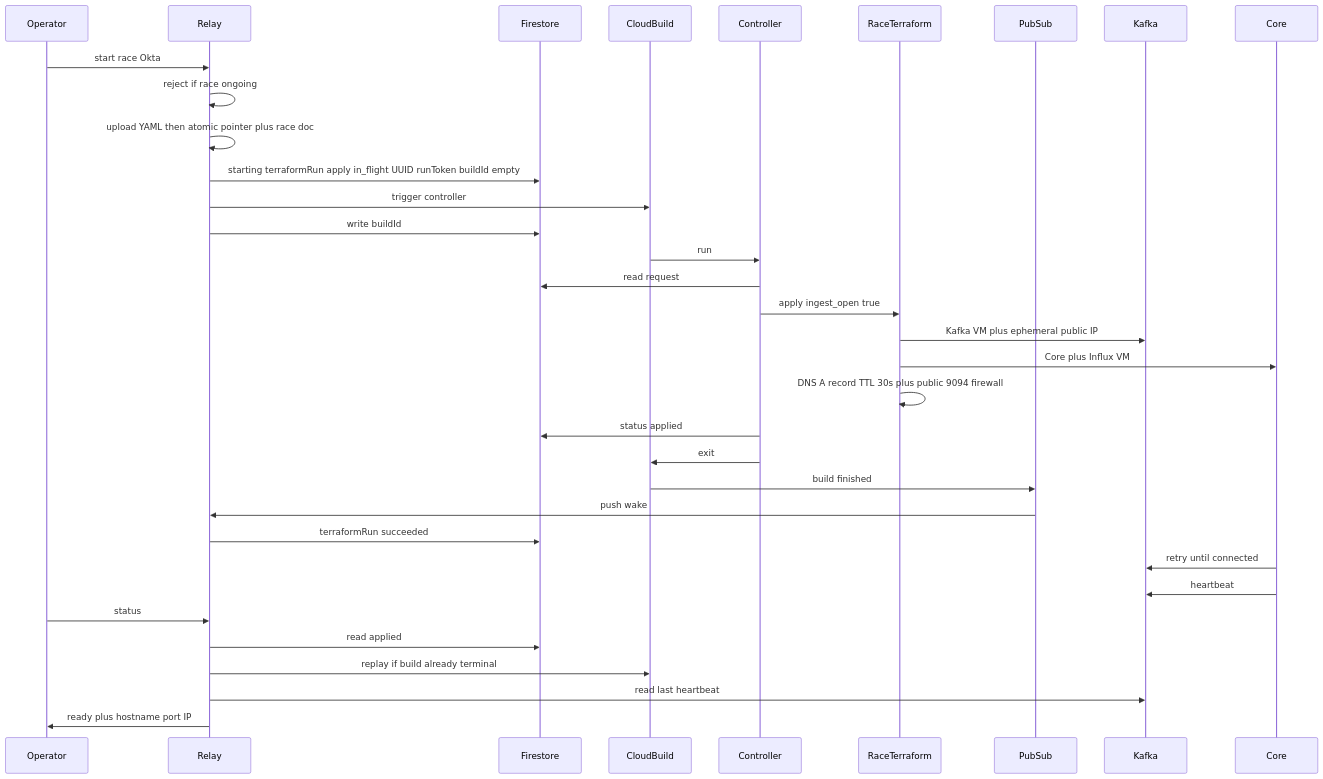
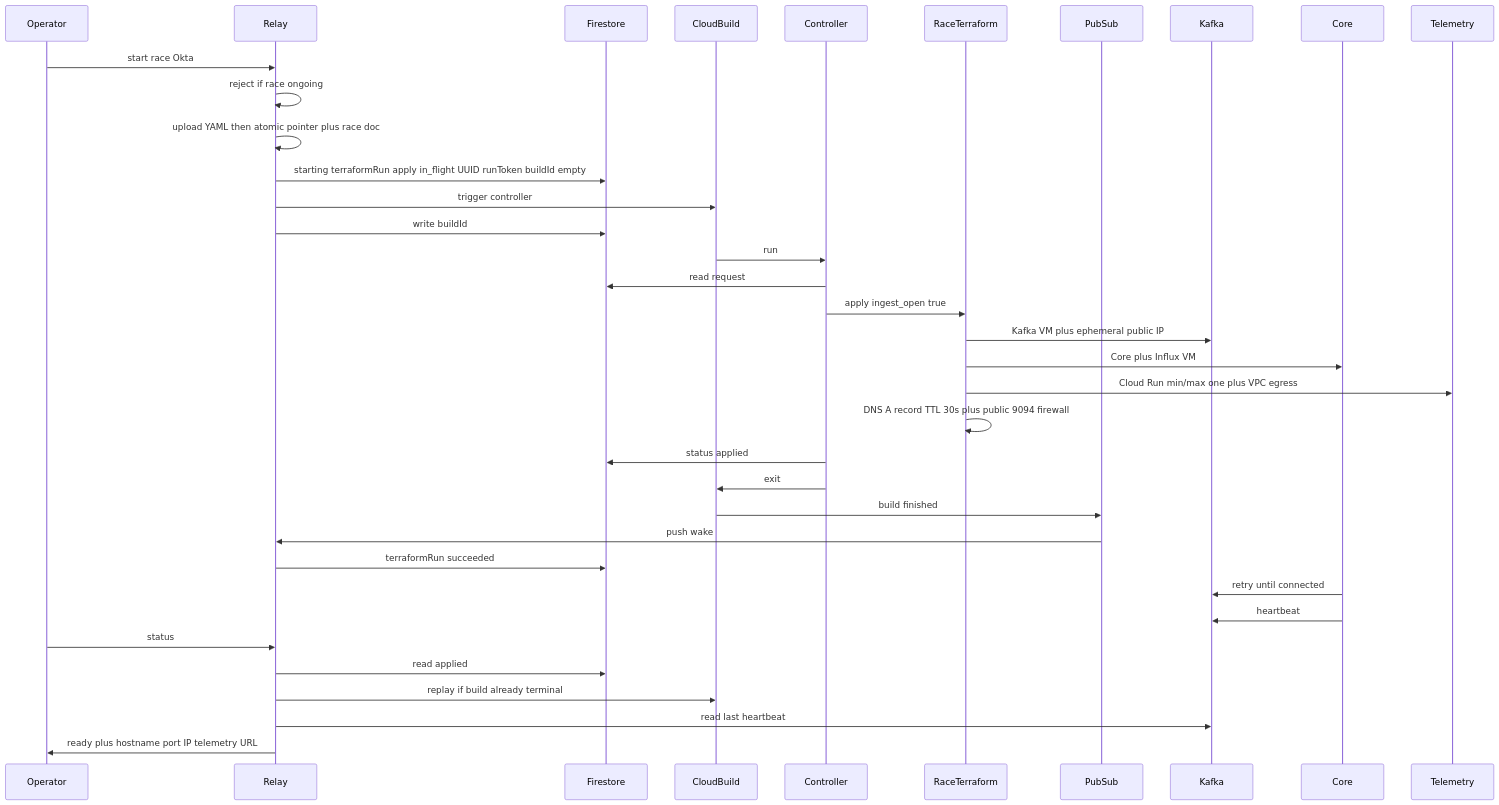
Before and after one commit to ChronoRacer/chronoracer: the diagram in docs/flow-race_provisioning.md, drawn with Mermaid. The commit also changed other lines of this file and 59 other files, not shown here.

````diff
--- a/docs/flow-race_provisioning.md
+++ b/docs/flow-race_provisioning.md
@@ -13,36 +13,38 @@
 ```mermaid
 sequenceDiagram
     participant Op as Operator
     participant Relay
     participant FS as Firestore
     participant CB as CloudBuild
     participant Ctrl as Controller
     participant TF as RaceTerraform
     participant PS as PubSub
     participant Kafka
     participant Core
+    participant Telemetry
     Op ->> Relay: start race Okta
     Relay ->> Relay: reject if race ongoing
     Relay ->> Relay: upload YAML then atomic pointer plus race doc
     Relay ->> FS: starting terraformRun apply in_flight UUID runToken buildId empty
     Relay ->> CB: trigger controller
     Relay ->> FS: write buildId
     CB ->> Ctrl: run
     Ctrl ->> FS: read request
     Ctrl ->> TF: apply ingest_open true
     TF ->> Kafka: Kafka VM plus ephemeral public IP
     TF ->> Core: Core plus Influx VM
+    TF ->> Telemetry: Cloud Run min/max one plus VPC egress
     TF ->> TF: DNS A record TTL 30s plus public 9094 firewall
     Ctrl ->> FS: status applied
     Ctrl ->> CB: exit
     CB ->> PS: build finished
     PS ->> Relay: push wake
     Relay ->> FS: terraformRun succeeded
     Core ->> Kafka: retry until connected
     Core ->> Kafka: heartbeat
     Op ->> Relay: status
     Relay ->> FS: read applied
     Relay ->> CB: replay if build already terminal
     Relay ->> Kafka: read last heartbeat
-    Relay ->> Op: ready plus hostname port IP
+    Relay ->> Op: ready plus hostname port IP telemetry URL
 ```
````
